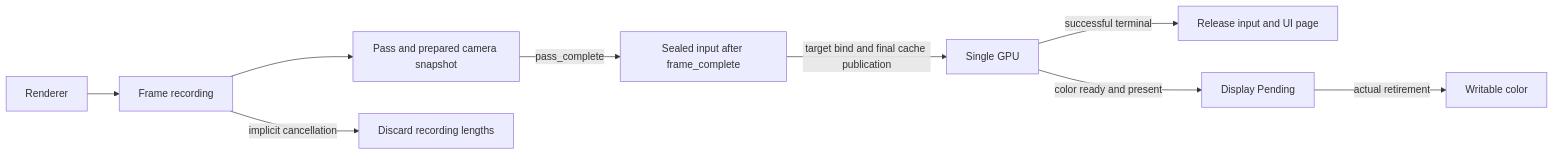
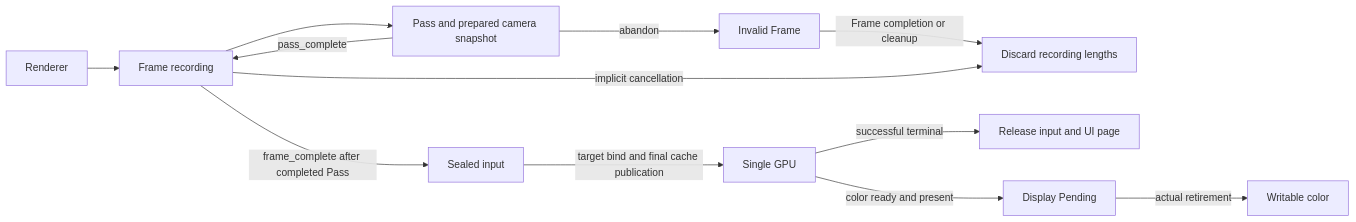
The diagram in systems/cpu-v3-tang-nano-20k/docs/gpu-renderer.md (misdake/DigitalDesign), drawn with Mermaid before and after one commit. The commit also changed other lines of this file and 10 other files, not shown here.

````diff
--- a/systems/cpu-v3-tang-nano-20k/docs/gpu-renderer.md
+++ b/systems/cpu-v3-tang-nano-20k/docs/gpu-renderer.md
@@ -32,11 +32,14 @@
 ```mermaid
 flowchart LR
   R[Renderer] --> F[Frame recording]
   F --> P[Pass and prepared camera snapshot]
-  P -->|pass_complete| S[Sealed input after frame_complete]
+  P -->|pass_complete| F
+  F -->|frame_complete after completed Pass| S[Sealed input]
+  P -->|abandon| X[Invalid Frame]
+  X -->|Frame completion or cleanup| C
   F -->|implicit cancellation| C[Discard recording lengths]
   S -->|target bind and final cache publication| G[Single GPU]
   G -->|successful terminal| U[Release input and UI page]
   G -->|color ready and present| D[Display Pending]
   D -->|actual retirement| W[Writable color]
 ```
````
